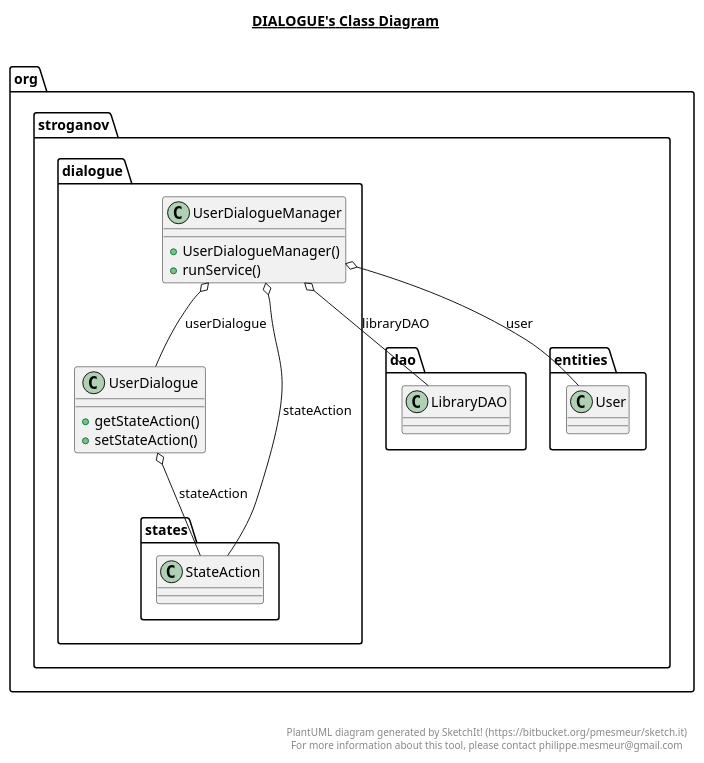
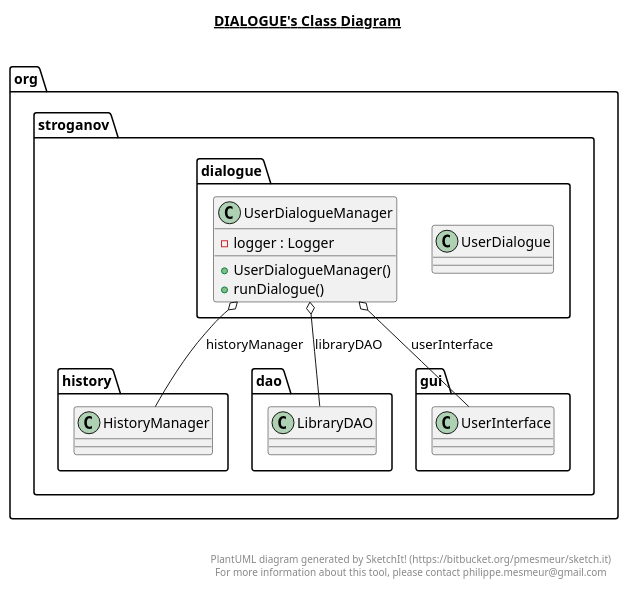
Before and after one commit to SergeyStroganoff/LibraryApp: the diagram in src/main/java/org/stroganov/dialogue/dialogue.plantuml, drawn with PlantUML. The commit also changed 14 other files, not shown here.

```diff
--- a/src/main/java/org/stroganov/dialogue/dialogue.plantuml
+++ b/src/main/java/org/stroganov/dialogue/dialogue.plantuml
@@ -1,39 +1,36 @@
 @startuml
 
 title __DIALOGUE's Class Diagram__\n
 
   namespace org.stroganov {
     namespace dialogue {
       class org.stroganov.dialogue.UserDialogue {
-          + getStateAction()
-          + setStateAction()
       }
     }
   }
   
 
   namespace org.stroganov {
     namespace dialogue {
       class org.stroganov.dialogue.UserDialogueManager {
+          - logger : Logger
           + UserDialogueManager()
-          + runService()
+          + runDialogue()
       }
     }
   }
   
 
-  org.stroganov.dialogue.UserDialogue o-- org.stroganov.dialogue.states.StateAction : stateAction
+  org.stroganov.dialogue.UserDialogueManager o-- org.stroganov.history.HistoryManager : historyManager
   org.stroganov.dialogue.UserDialogueManager o-- org.stroganov.dao.LibraryDAO : libraryDAO
-  org.stroganov.dialogue.UserDialogueManager o-- org.stroganov.entities.User : user
-  org.stroganov.dialogue.UserDialogueManager o-- org.stroganov.dialogue.UserDialogue : userDialogue
-  org.stroganov.dialogue.UserDialogueManager o-- org.stroganov.dialogue.states.StateAction : stateAction
+  org.stroganov.dialogue.UserDialogueManager o-- org.stroganov.gui.UserInterface : userInterface
 
 
 right footer
 
 
 PlantUML diagram generated by SketchIt! (https://bitbucket.org/pmesmeur/sketch.it)
 For more information about this tool, please contact philippe.mesmeur@gmail.com
 endfooter
 
 @enduml
```
